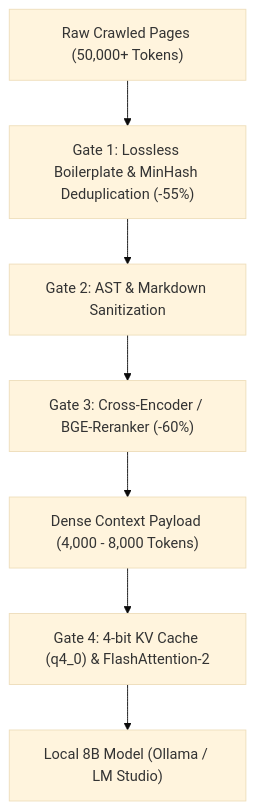
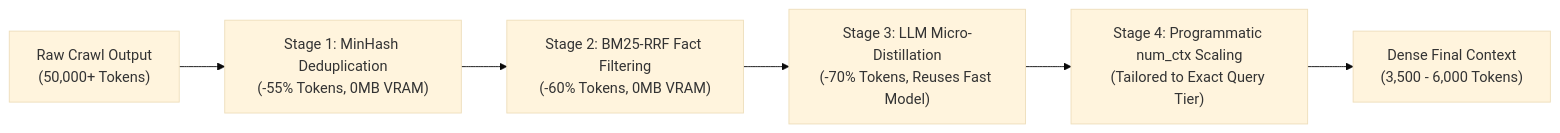
Before and after one commit to Cyber-arghya/omni-researcher: the second of 3 diagrams in plan5.md, drawn with Mermaid (base theme). The commit also changed other lines of this file, not shown here.

Commit message:
docs: harden plan5.md (V2) with first-principles zero-vram distillation and sqlite persistence

````diff
--- a/plan5.md
+++ b/plan5.md
@@ -97,9 +109,8 @@
 ```mermaid
-flowchart TD
-    Raw["Raw Crawled Pages (50,000+ Tokens)"] --> Clean["Gate 1: Lossless Boilerplate & MinHash Deduplication (-55%)"]
-    Clean --> Filter["Gate 2: AST & Markdown Sanitization"]
-    Filter --> Rerank["Gate 3: Cross-Encoder / BGE-Reranker (-60%)"]
-    Rerank --> Context["Dense Context Payload (4,000 - 8,000 Tokens)"]
-    Context --> KVCache["Gate 4: 4-bit KV Cache (q4_0) & FlashAttention-2"]
-    KVCache --> LLM["Local 8B Model (Ollama / LM Studio)"]
+flowchart LR
+    A["Raw Crawl Output<br>(50,000+ Tokens)"] --> B["Stage 1: MinHash Deduplication<br>(-55% Tokens, 0MB VRAM)"]
+    B --> C["Stage 2: BM25-RRF Fact Filtering<br>(-60% Tokens, 0MB VRAM)"]
+    C --> D["Stage 3: LLM Micro-Distillation<br>(-70% Tokens, Reuses Fast Model)"]
+    D --> E["Stage 4: Programmatic num_ctx Scaling<br>(Tailored to Exact Query Tier)"]
+    E --> F["Dense Final Context<br>(3,500 - 6,000 Tokens)"]
 ```
````
